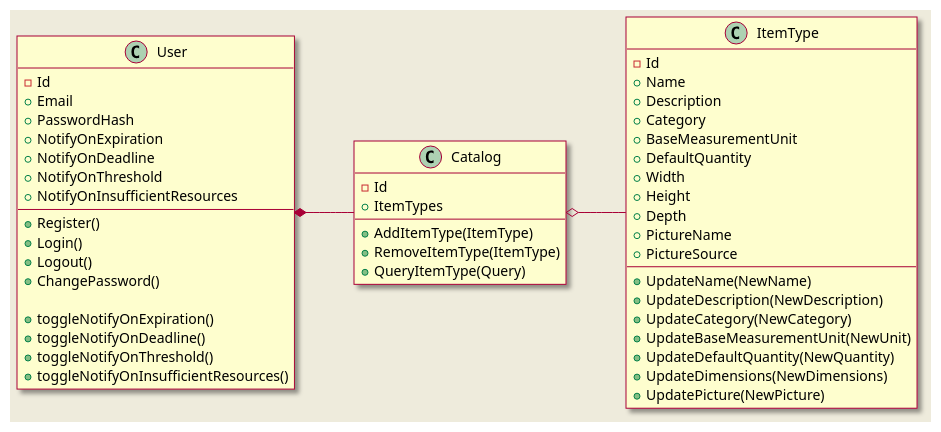
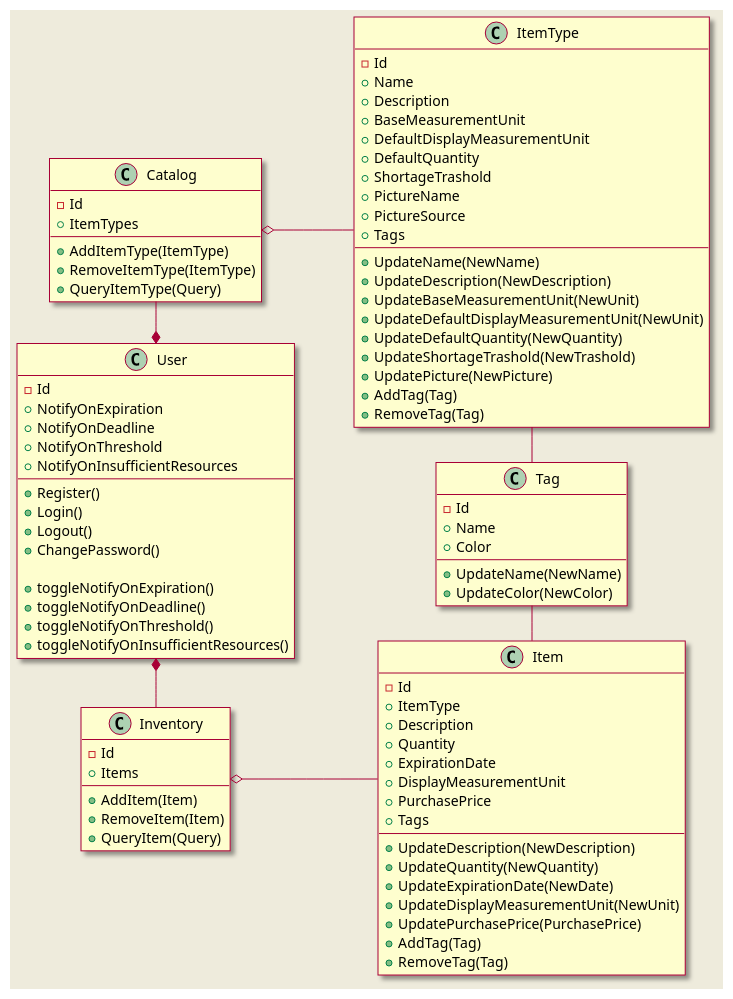
The diagram in diagrams/class.pu (Lingers-3/project), drawn with PlantUML before and after one commit. The commit also changed 7 other files, not shown here.

Commit message:
updated all diagrams

```diff
--- a/diagrams/class.pu
+++ b/diagrams/class.pu
@@ -1,60 +1,103 @@
 @startuml
 skin rose
 skinparam backgroundColor #EEEBDC
 left to right direction
+skinparam linetype ortho
 
 class User {
     - Id
-    + Email
-    + PasswordHash
     + NotifyOnExpiration
     + NotifyOnDeadline
     + NotifyOnThreshold
     + NotifyOnInsufficientResources
 
     + Register()
     + Login()
     + Logout()
     + ChangePassword()
 
     + toggleNotifyOnExpiration()
     + toggleNotifyOnDeadline()
     + toggleNotifyOnThreshold()
     + toggleNotifyOnInsufficientResources()
 }
 
+class Tag {
+    - Id
+    + Name
+    + Color
+
+    + UpdateName(NewName)
+    + UpdateColor(NewColor)
+}
+
 class Catalog {
     - Id
     + ItemTypes
 
     + AddItemType(ItemType)
     + RemoveItemType(ItemType)
     + QueryItemType(Query)
 }
 
 class ItemType {
     - Id
     + Name
     + Description
-    + Category
     + BaseMeasurementUnit
+    + DefaultDisplayMeasurementUnit
     + DefaultQuantity
-    + Width
-    + Height
-    + Depth
+    + ShortageTrashold
     + PictureName
     + PictureSource
+    + Tags
 
     + UpdateName(NewName)
     + UpdateDescription(NewDescription)
-    + UpdateCategory(NewCategory)
     + UpdateBaseMeasurementUnit(NewUnit)
+    + UpdateDefaultDisplayMeasurementUnit(NewUnit)
     + UpdateDefaultQuantity(NewQuantity)
-    + UpdateDimensions(NewDimensions)
+    + UpdateShortageTrashold(NewTrashold)
     + UpdatePicture(NewPicture)
+    + AddTag(Tag)
+    + RemoveTag(Tag)
 }
 
-User *-- Catalog
+class Inventory {
+    - Id
+    + Items
+
+    + AddItem(Item)
+    + RemoveItem(Item)
+    + QueryItem(Query)
+}
+
+class Item {
+    - Id
+    + ItemType
+    + Description
+    + Quantity
+    + ExpirationDate
+    + DisplayMeasurementUnit
+    + PurchasePrice
+    + Tags
+
+    + UpdateDescription(NewDescription)
+    + UpdateQuantity(NewQuantity)
+    + UpdateExpirationDate(NewDate)
+    + UpdateDisplayMeasurementUnit(NewUnit)
+    + UpdatePurchasePrice(PurchasePrice)
+    + AddTag(Tag)
+    + RemoveTag(Tag)
+}
+
+User *-l- Catalog
+User *-r- Inventory
+
 Catalog o-- ItemType
+Inventory o-- Item
+
+ItemType -r- Tag
+Item -l- Tag
 
 @enduml
```
